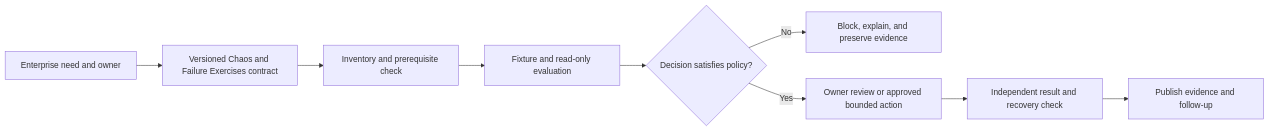
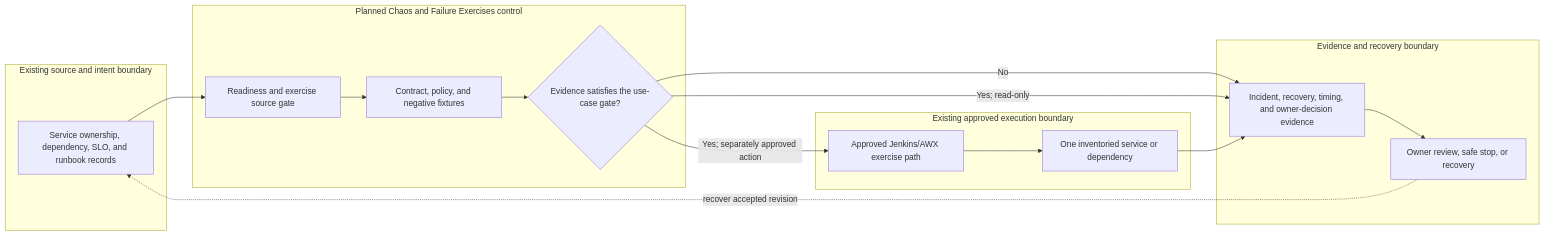
Before and after one commit to MIDHTECH/enterprise-architecture-docs: the diagram in docs/use-cases/resilience/UC-RSO-014-chaos-and-failure-exercises.md, drawn with Mermaid. The commit also changed other lines of this file and 227 other files, not shown here.

Commit message:
Deepen architecture for all use case designs

````diff
--- a/docs/use-cases/resilience/UC-RSO-014-chaos-and-failure-exercises.md
+++ b/docs/use-cases/resilience/UC-RSO-014-chaos-and-failure-exercises.md
@@ -136,11 +129,25 @@
 ```mermaid
 flowchart LR
-    Need["Enterprise need and owner"] --> Contract["Versioned Chaos and Failure Exercises contract"]
-    Contract --> Preflight["Inventory and prerequisite check"]
-    Preflight --> Evaluate["Fixture and read-only evaluation"]
-    Evaluate --> Decision{"Decision satisfies policy?"}
-    Decision -->|No| Stop["Block, explain, and preserve evidence"]
-    Decision -->|Yes| Review["Owner review or approved bounded action"]
-    Review --> Verify["Independent result and recovery check"]
-    Verify --> Publish["Publish evidence and follow-up"]
+    subgraph Source["Existing source and intent boundary"]
+        A["Service ownership, dependency, SLO, and runbook records"]
+    end
+    subgraph Planned["Planned Chaos and Failure Exercises control"]
+        B["Readiness and exercise source gate"]
+        C["Contract, policy, and negative fixtures"]
+        D{"Evidence satisfies the use-case gate?"}
+    end
+    subgraph Runtime["Existing approved execution boundary"]
+        E["Approved Jenkins/AWX exercise path"]
+        F["One inventoried service or dependency"]
+    end
+    subgraph Assurance["Evidence and recovery boundary"]
+        G["Incident, recovery, timing, and owner-decision evidence"]
+        H["Owner review, safe stop, or recovery"]
+    end
+
+    A --> B --> C --> D
+    D -->|No| G --> H
+    D -->|Yes; read-only| G
+    D -->|Yes; separately approved action| E --> F --> G
+    H -. recover accepted revision .-> A
 ```
````
